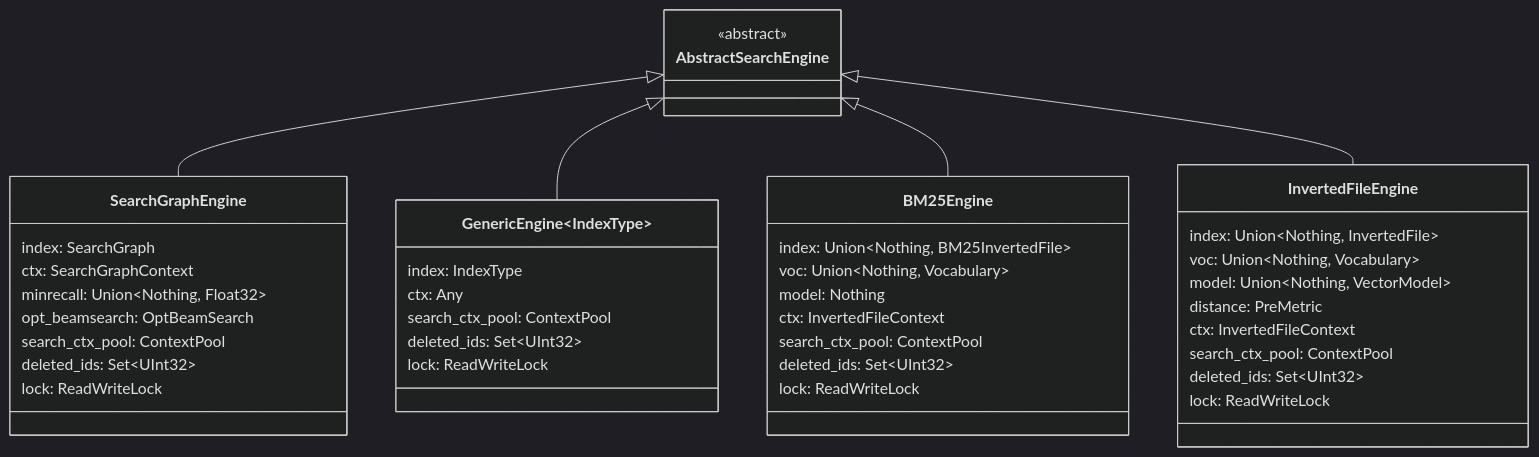
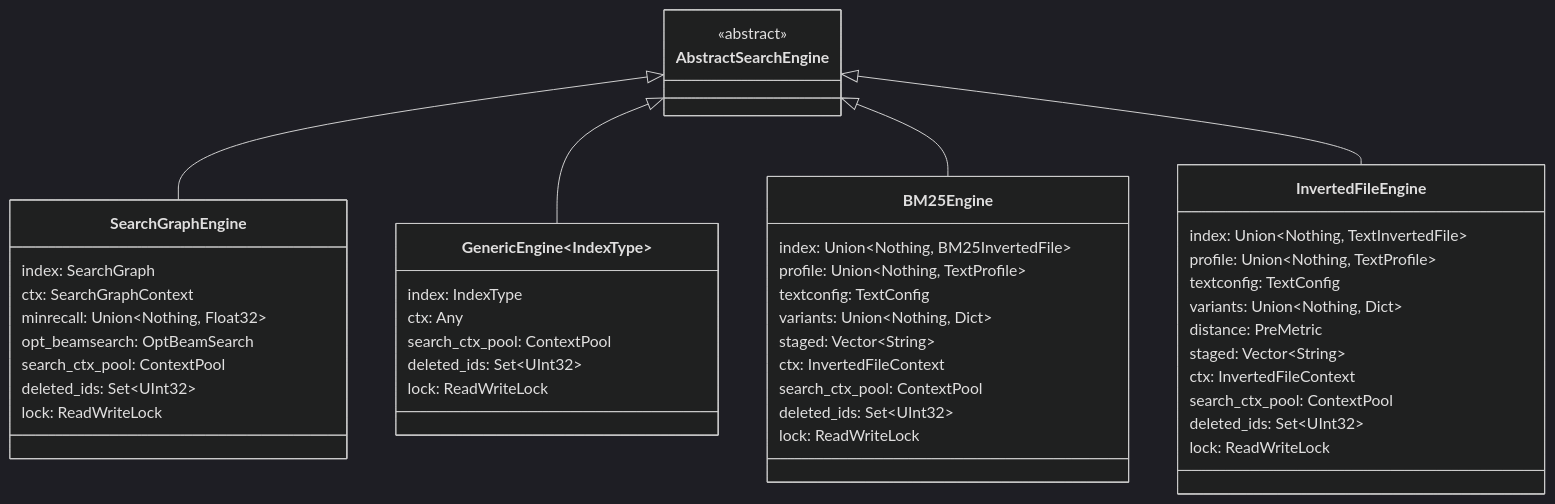
The second of 8 diagrams in manual/architecture.qmd (sadit/SimilaritySearchEngine.jl), drawn with Mermaid (dark theme) before and after one commit. The commit also changed other lines of this file and 12 other files, not shown here.

````diff
--- a/manual/architecture.qmd
+++ b/manual/architecture.qmd
@@ -62,45 +63,49 @@
 ```{mermaid}
 classDiagram
     class AbstractSearchEngine {
         <<abstract>>
     }
     class SearchGraphEngine {
         index: SearchGraph
         ctx: SearchGraphContext
         minrecall: Union~Nothing, Float32~
         opt_beamsearch: OptBeamSearch
         search_ctx_pool: ContextPool
         deleted_ids: Set~UInt32~
         lock: ReadWriteLock
     }
     class GenericEngine~IndexType~ {
         index: IndexType
         ctx: Any
         search_ctx_pool: ContextPool
         deleted_ids: Set~UInt32~
         lock: ReadWriteLock
     }
     class BM25Engine {
         index: Union~Nothing, BM25InvertedFile~
-        voc: Union~Nothing, Vocabulary~
-        model: Nothing
+        profile: Union~Nothing, TextProfile~
+        textconfig: TextConfig
+        variants: Union~Nothing, Dict~
+        staged: Vector~String~
         ctx: InvertedFileContext
         search_ctx_pool: ContextPool
         deleted_ids: Set~UInt32~
         lock: ReadWriteLock
     }
     class InvertedFileEngine {
-        index: Union~Nothing, InvertedFile~
-        voc: Union~Nothing, Vocabulary~
-        model: Union~Nothing, VectorModel~
+        index: Union~Nothing, TextInvertedFile~
+        profile: Union~Nothing, TextProfile~
+        textconfig: TextConfig
+        variants: Union~Nothing, Dict~
         distance: PreMetric
+        staged: Vector~String~
         ctx: InvertedFileContext
         search_ctx_pool: ContextPool
         deleted_ids: Set~UInt32~
         lock: ReadWriteLock
     }
     AbstractSearchEngine <|-- SearchGraphEngine
     AbstractSearchEngine <|-- GenericEngine
     AbstractSearchEngine <|-- BM25Engine
     AbstractSearchEngine <|-- InvertedFileEngine
 ```
````
